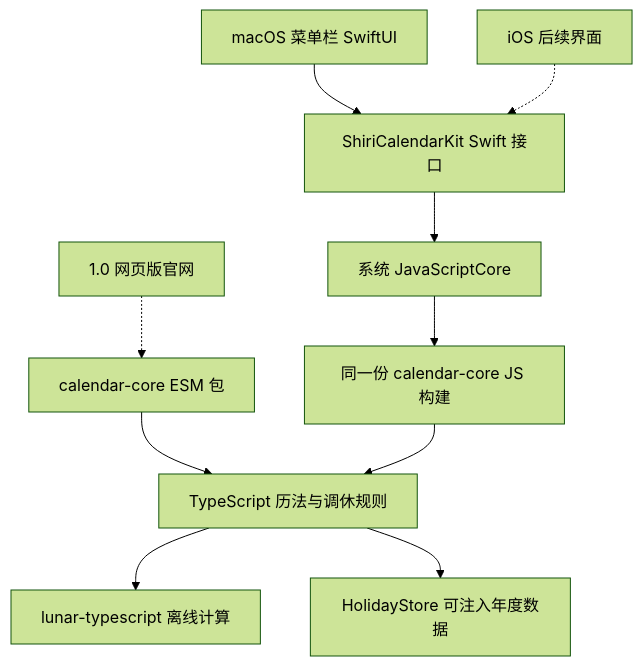
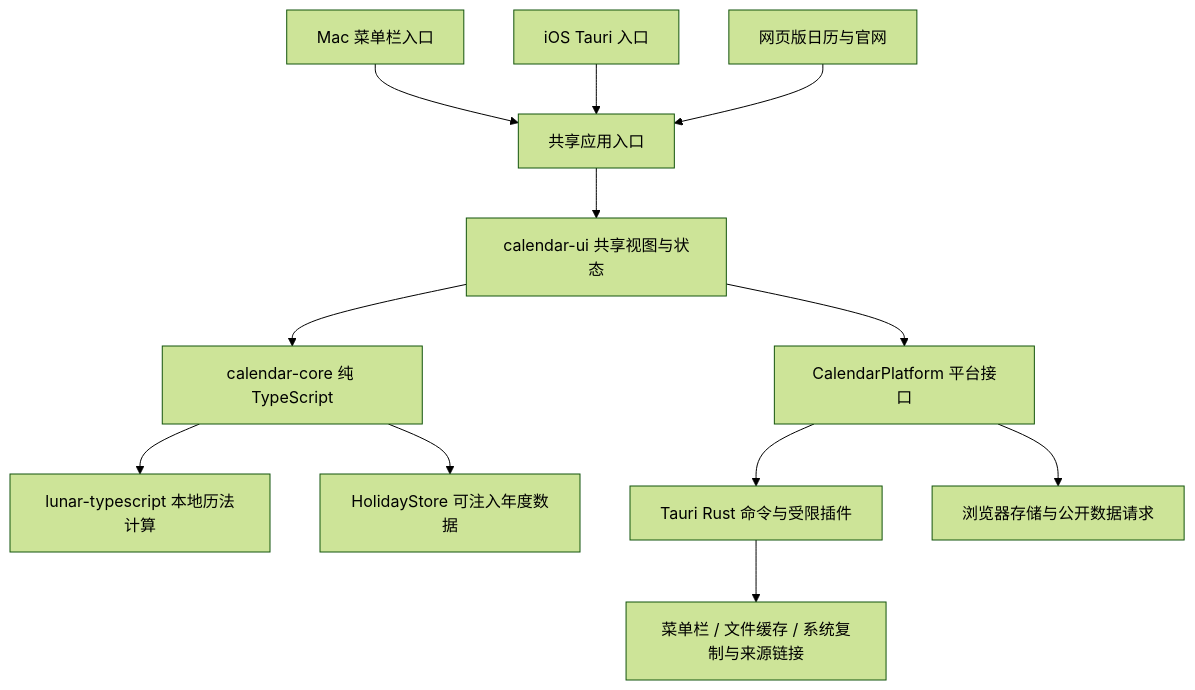
One commit to cixiangtao/i-calendar changed the diagram in docs/ARCHITECTURE.md. Above: the diagram before and after it, drawn with Mermaid (forest theme). The commit also changed other lines of this file and 16 other files, not shown here.

````diff
--- a/docs/ARCHITECTURE.md
+++ b/docs/ARCHITECTURE.md
@@ -3,12 +5,14 @@
 ```mermaid
 flowchart TD
-  Mac[macOS 菜单栏 SwiftUI] --> Kit[ShiriCalendarKit Swift 接口]
-  IOS[iOS 后续界面] -.-> Kit
-  Kit --> JSC[系统 JavaScriptCore]
-  JSC --> Core[同一份 calendar-core JS 构建]
-  Web[1.0 网页版官网] -.-> NPM[calendar-core ESM 包]
-  NPM --> Rules[TypeScript 历法与调休规则]
-  Core --> Rules
-  Rules --> Lunar[lunar-typescript 离线计算]
-  Rules --> Store[HolidayStore 可注入年度数据]
+  Mac[Mac 菜单栏入口] --> App[共享应用入口]
+  IOS[iOS Tauri 入口] --> App
+  Web[网页版日历与官网] --> App
+  App --> UI[calendar-ui 共享视图与状态]
+  UI --> Core[calendar-core 纯 TypeScript]
+  Core --> Lunar[lunar-typescript 本地历法计算]
+  Core --> Store[HolidayStore 可注入年度数据]
+  UI --> Port[CalendarPlatform 平台接口]
+  Port --> Native[Tauri Rust 命令与受限插件]
+  Port --> Browser[浏览器存储与公开数据请求]
+  Native --> Host[菜单栏 / 文件缓存 / 系统复制与来源链接]
 ```
````
